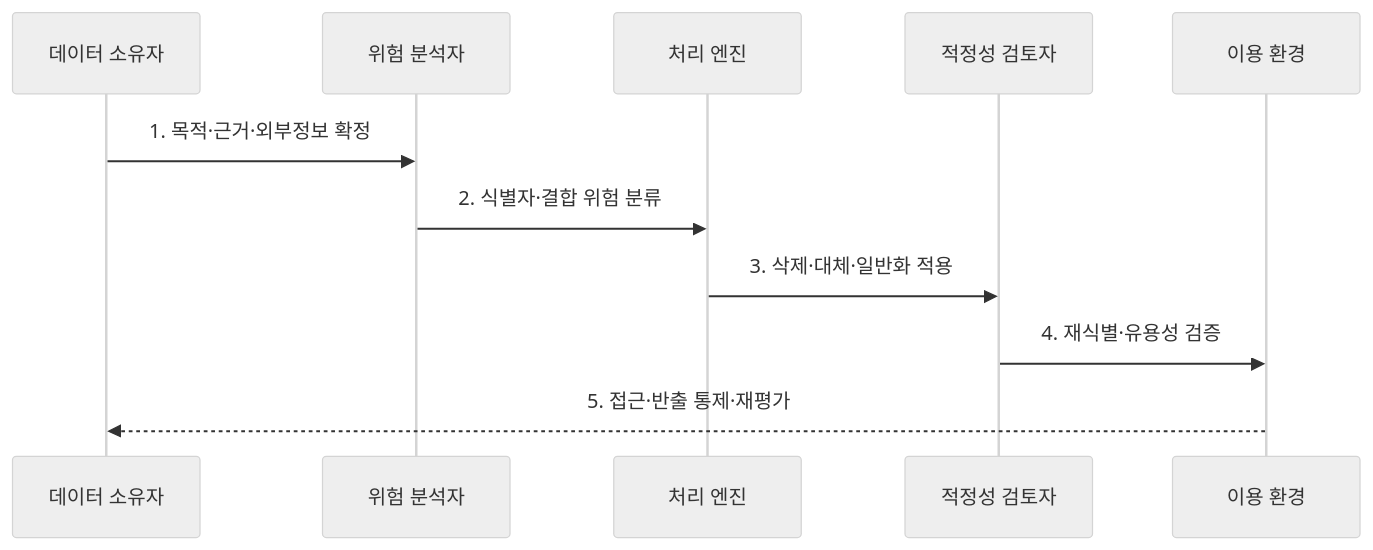
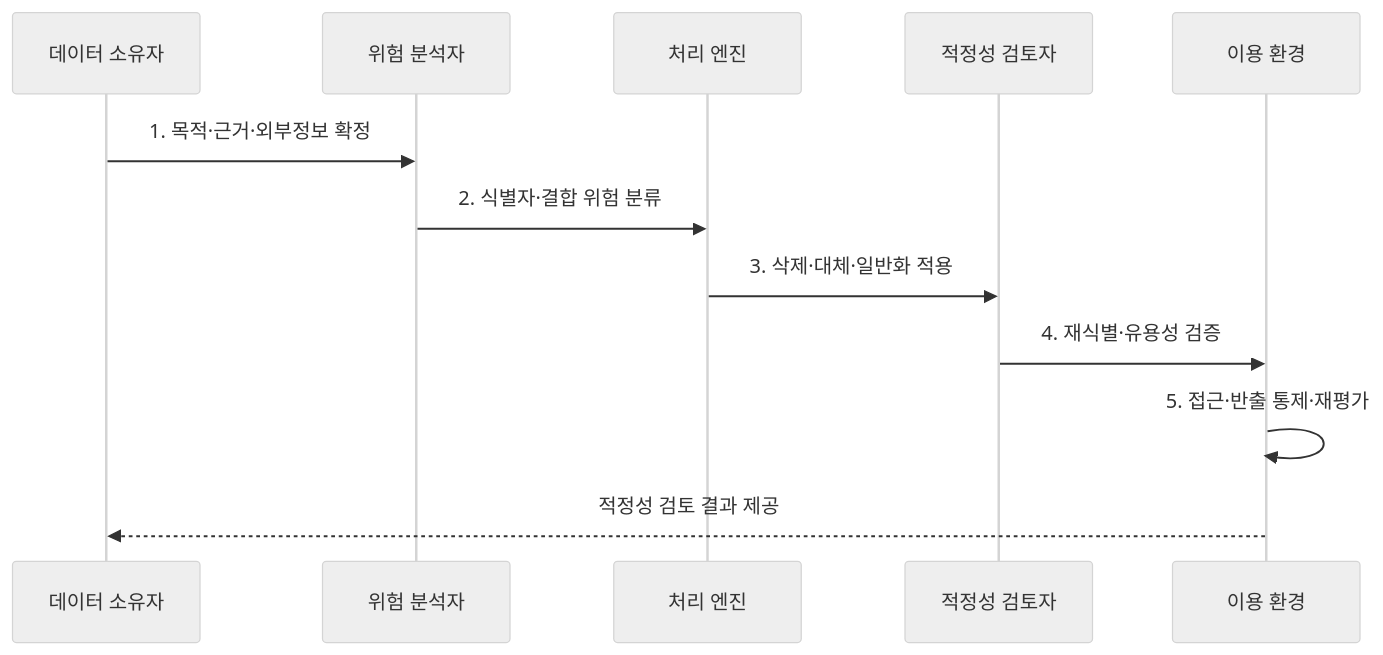
One commit to agnusdei1207/knowledge-base changed the second of 2 diagrams in src/content/docs/notes/05-security/098_de_identification.md. Above: the diagram before and after it, drawn with Mermaid (neutral theme). The commit also changed other lines of this file and 20 other files, not shown here.

````diff
--- a/src/content/docs/notes/05-security/098_de_identification.md
+++ b/src/content/docs/notes/05-security/098_de_identification.md
@@ -88,13 +88,14 @@
 ```mermaid
 sequenceDiagram
     participant O as 데이터 소유자
     participant A as 위험 분석자
     participant P as 처리 엔진
     participant R as 적정성 검토자
     participant U as 이용 환경
     O->>A: 1. 목적·근거·외부정보 확정
     A->>P: 2. 식별자·결합 위험 분류
     P->>R: 3. 삭제·대체·일반화 적용
     R->>U: 4. 재식별·유용성 검증
-    U-->>O: 5. 접근·반출 통제·재평가
+    U->>U: 5. 접근·반출 통제·재평가
+    U-->>O: 적정성 검토 결과 제공
 ```
````
